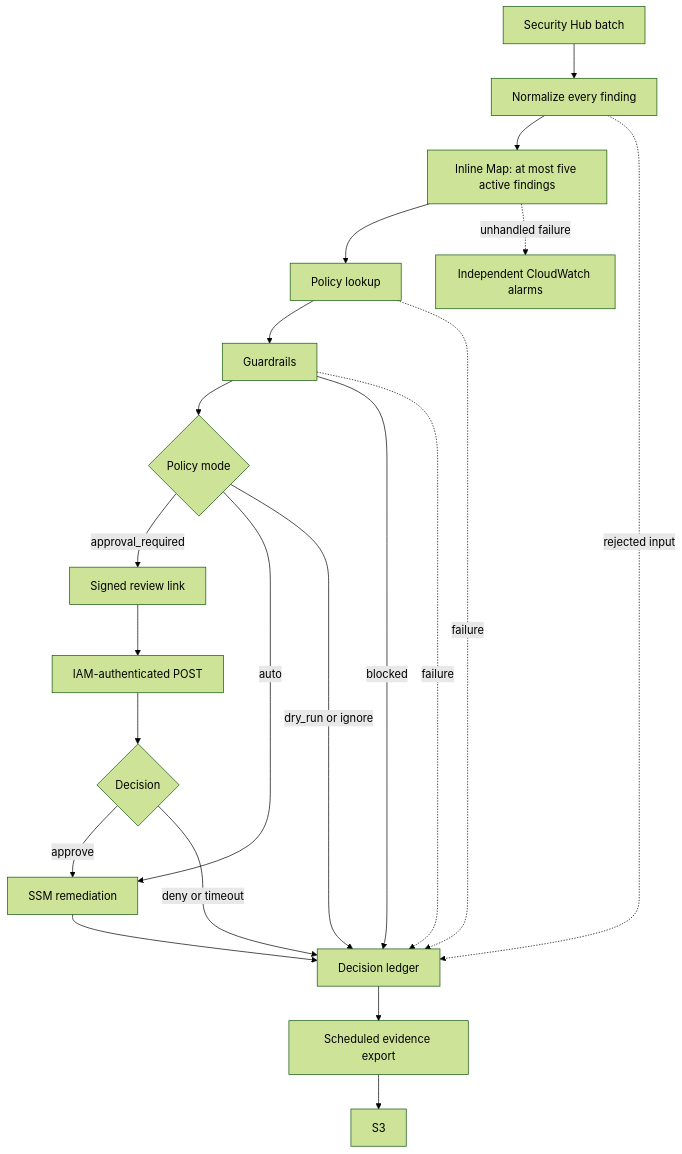
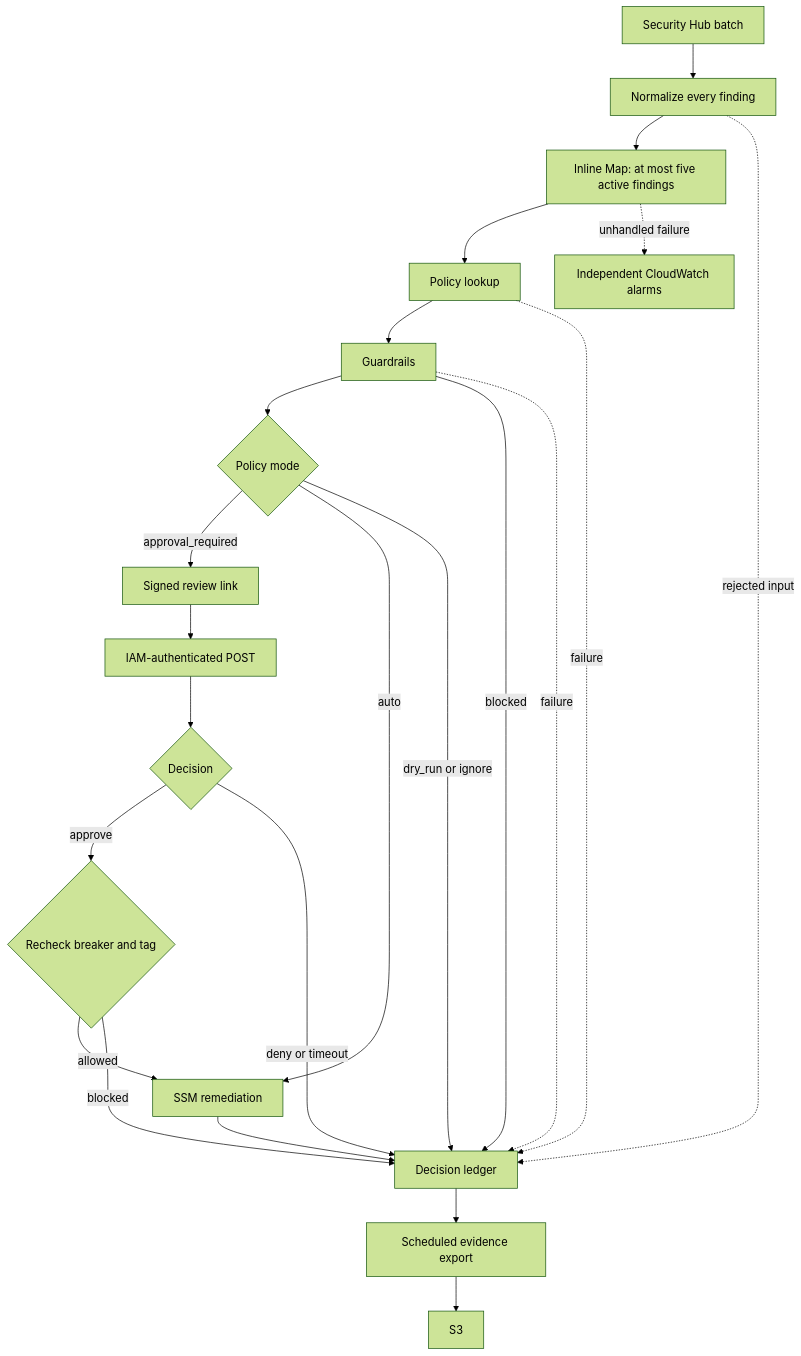
One commit to DustyStudy/aws-remediation-orchestrator changed the diagram in docs/ARCHITECTURE.md. Above: the diagram before and after it, drawn with Mermaid (forest theme). The commit also changed other lines of this file and 20 other files, not shown here.

````diff
--- a/docs/ARCHITECTURE.md
+++ b/docs/ARCHITECTURE.md
@@ -3,23 +3,25 @@
 ```mermaid
 flowchart TD
   SH[Security Hub batch] --> N[Normalize every finding]
   N --> M[Inline Map: at most five active findings]
   M --> P[Policy lookup]
   P --> G[Guardrails]
   G --> D{Policy mode}
   D -->|approval_required| A[Signed review link]
   A --> I[IAM-authenticated POST]
   I --> C{Decision}
-  C -->|approve| X[SSM remediation]
+  C -->|approve| R{Recheck breaker and tag}
+  R -->|allowed| X[SSM remediation]
+  R -->|blocked| L
   C -->|deny or timeout| L[Decision ledger]
   D -->|auto| X
   D -->|dry_run or ignore| L
   G -->|blocked| L
   X --> L
   N -. rejected input .-> L
   P -. failure .-> L
   G -. failure .-> L
   L --> E[Scheduled evidence export]
   E --> S3[S3]
   M -. unhandled failure .-> CW[Independent CloudWatch alarms]
 ```
````
